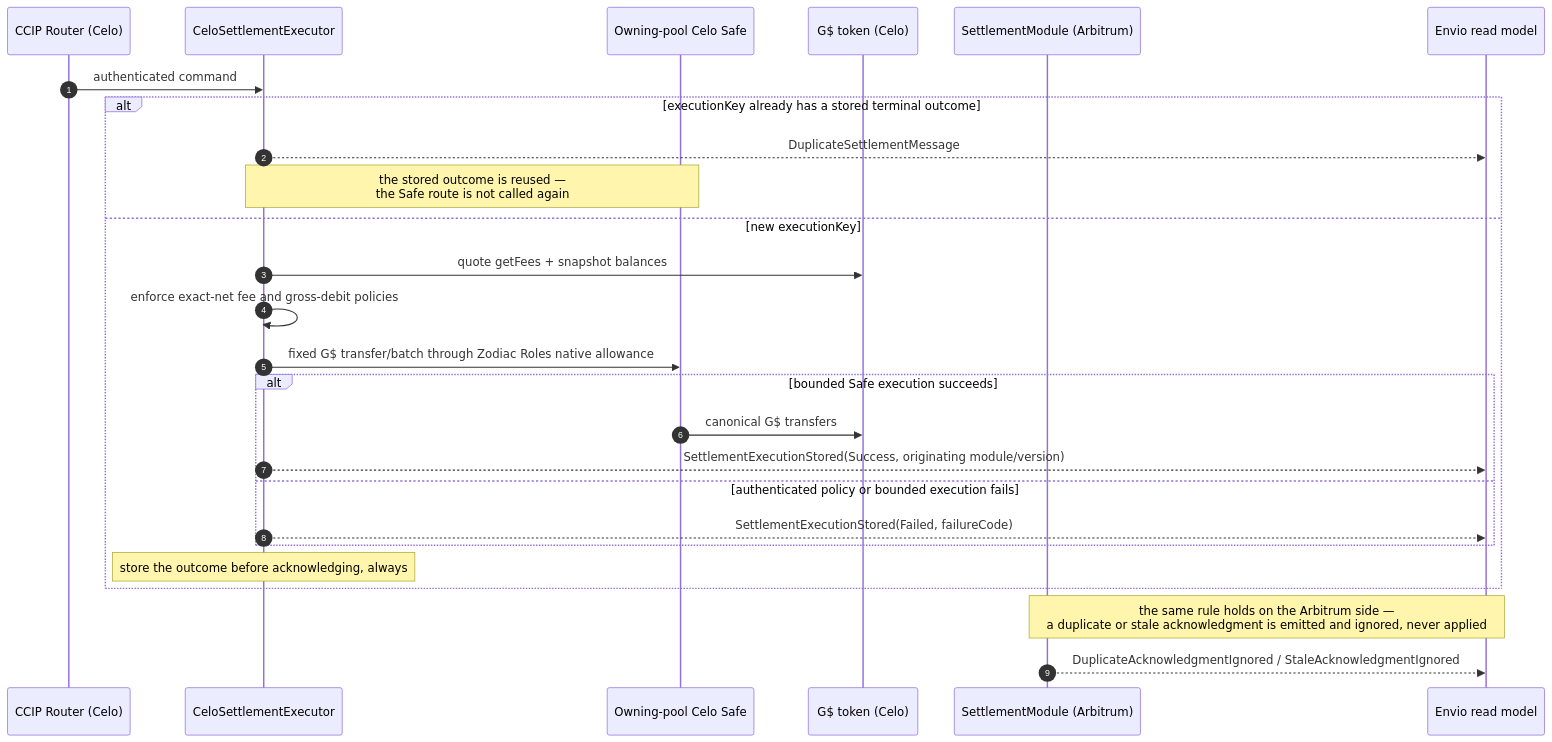
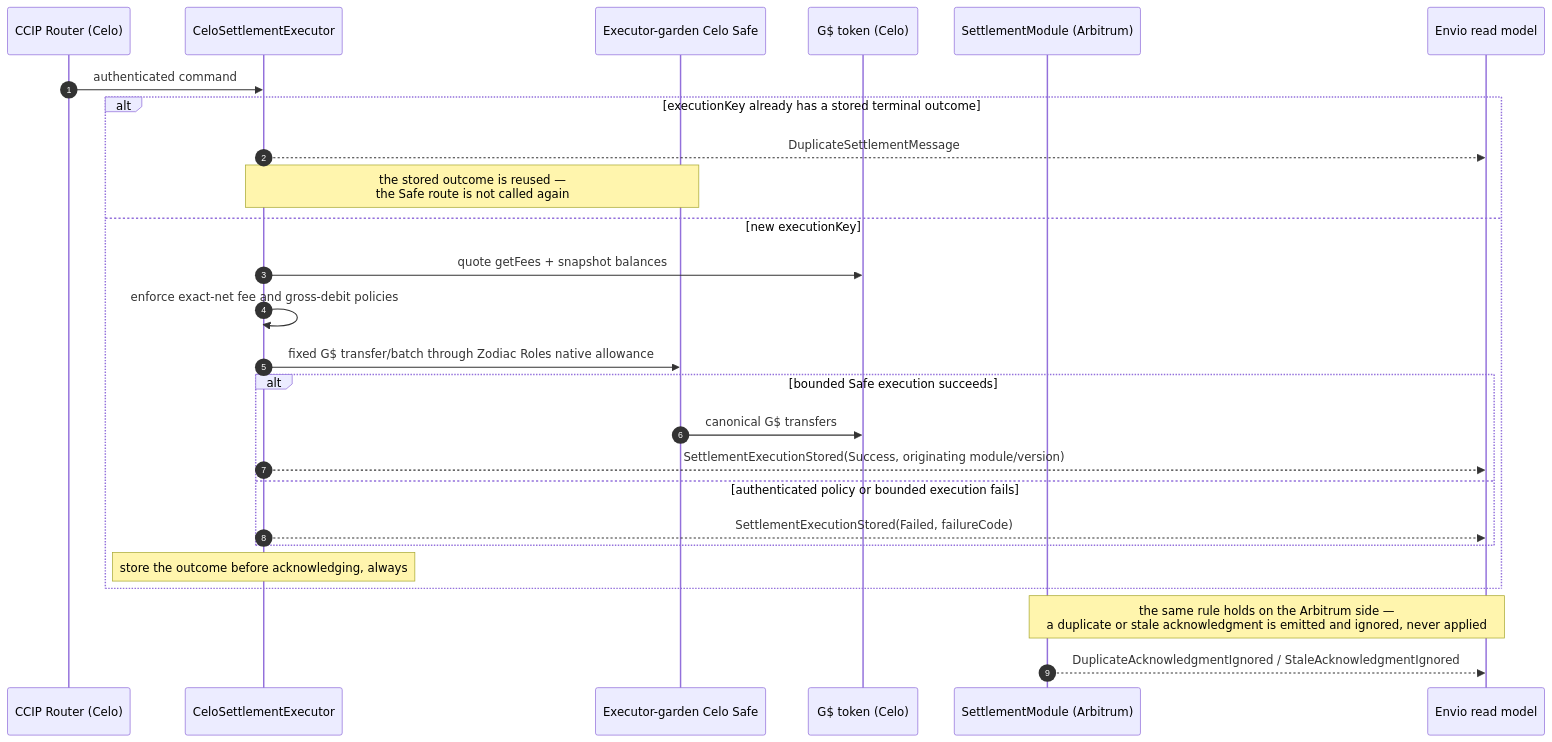
Before and after one commit to greenpill-dev-guild/green-goods: diagram 22 of 35 in .plans/active/commitment-pooling/diagrams.md, drawn with Mermaid. The commit also changed other lines of this file and 34 other files, not shown here.

````diff
--- a/.plans/active/commitment-pooling/diagrams.md
+++ b/.plans/active/commitment-pooling/diagrams.md
@@ -1228,29 +1242,29 @@
 ```mermaid
 sequenceDiagram
   autonumber
   participant CR as CCIP Router (Celo)
   participant CE as CeloSettlementExecutor
-  participant SAFE as Owning-pool Celo Safe
+  participant SAFE as Executor-garden Celo Safe
   participant GD as G$ token (Celo)
   participant SM as SettlementModule (Arbitrum)
   participant IDX as Envio read model
 
   CR->>CE: authenticated command
   alt executionKey already has a stored terminal outcome
     CE-->>IDX: DuplicateSettlementMessage
     Note over CE,SAFE: the stored outcome is reused —<br/>the Safe route is not called again
   else new executionKey
     CE->>GD: quote getFees + snapshot balances
     CE->>CE: enforce exact-net fee and gross-debit policies
     CE->>SAFE: fixed G$ transfer/batch through Zodiac Roles native allowance
     alt bounded Safe execution succeeds
       SAFE->>GD: canonical G$ transfers
       CE-->>IDX: SettlementExecutionStored(Success, originating module/version)
     else authenticated policy or bounded execution fails
       CE-->>IDX: SettlementExecutionStored(Failed, failureCode)
     end
     Note over CE: store the outcome before acknowledging, always
   end
   Note over SM,IDX: the same rule holds on the Arbitrum side —<br/>a duplicate or stale acknowledgment is emitted and ignored, never applied
   SM-->>IDX: DuplicateAcknowledgmentIgnored / StaleAcknowledgmentIgnored
 ```
````
